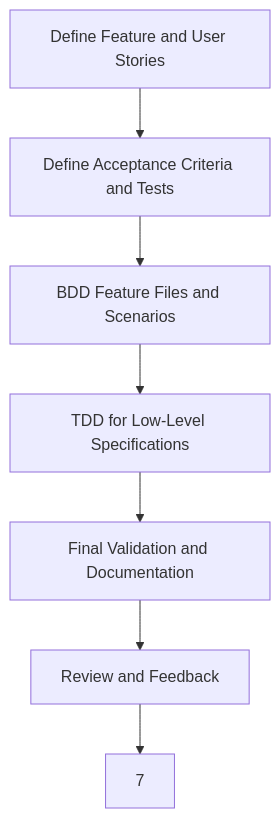
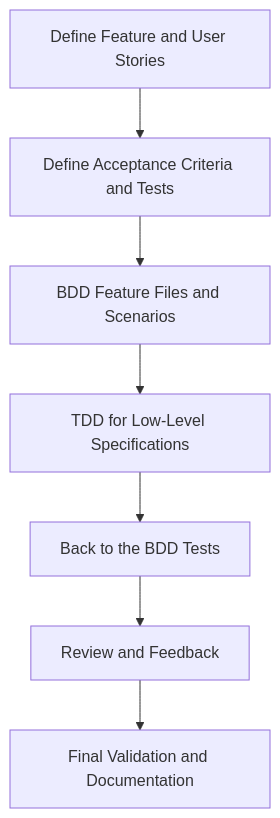
The first of 9 diagrams in BrightSocial/topics/test-development.md (dovahkrid/tdd_docs), drawn with Mermaid before and after one commit.

````diff
--- a/BrightSocial/topics/test-development.md
+++ b/BrightSocial/topics/test-development.md
@@ -13,11 +13,11 @@
 ```mermaid
 flowchart TD
     1["`Define Feature and User Stories`"]
     2["`Define Acceptance Criteria and Tests`"]
     3["`BDD Feature Files and Scenarios`"]
     4["`TDD for Low-Level Specifications`"]
     5["`Back to the BDD Tests`"]
     6["`Review and Feedback`"]
-    5["`Final Validation and Documentation`"]
+    7["`Final Validation and Documentation`"]
     1 --> 2 --> 3 --> 4 --> 5 --> 6 --> 7
 ```
````
